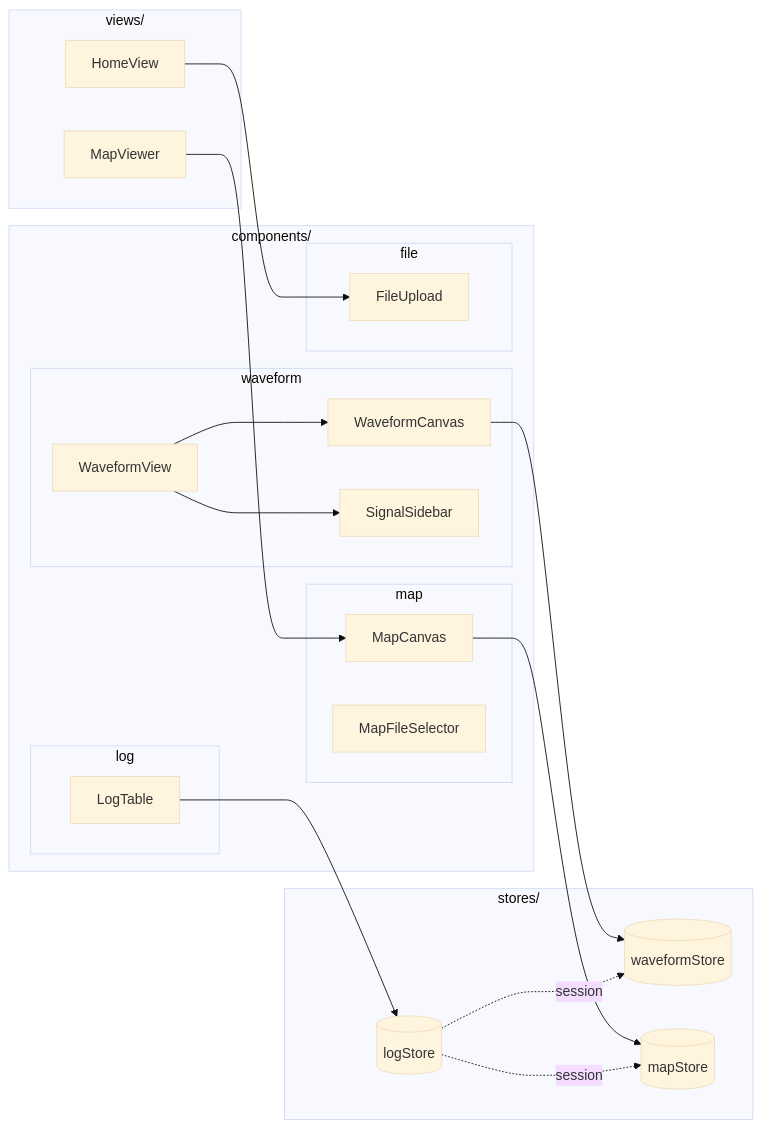
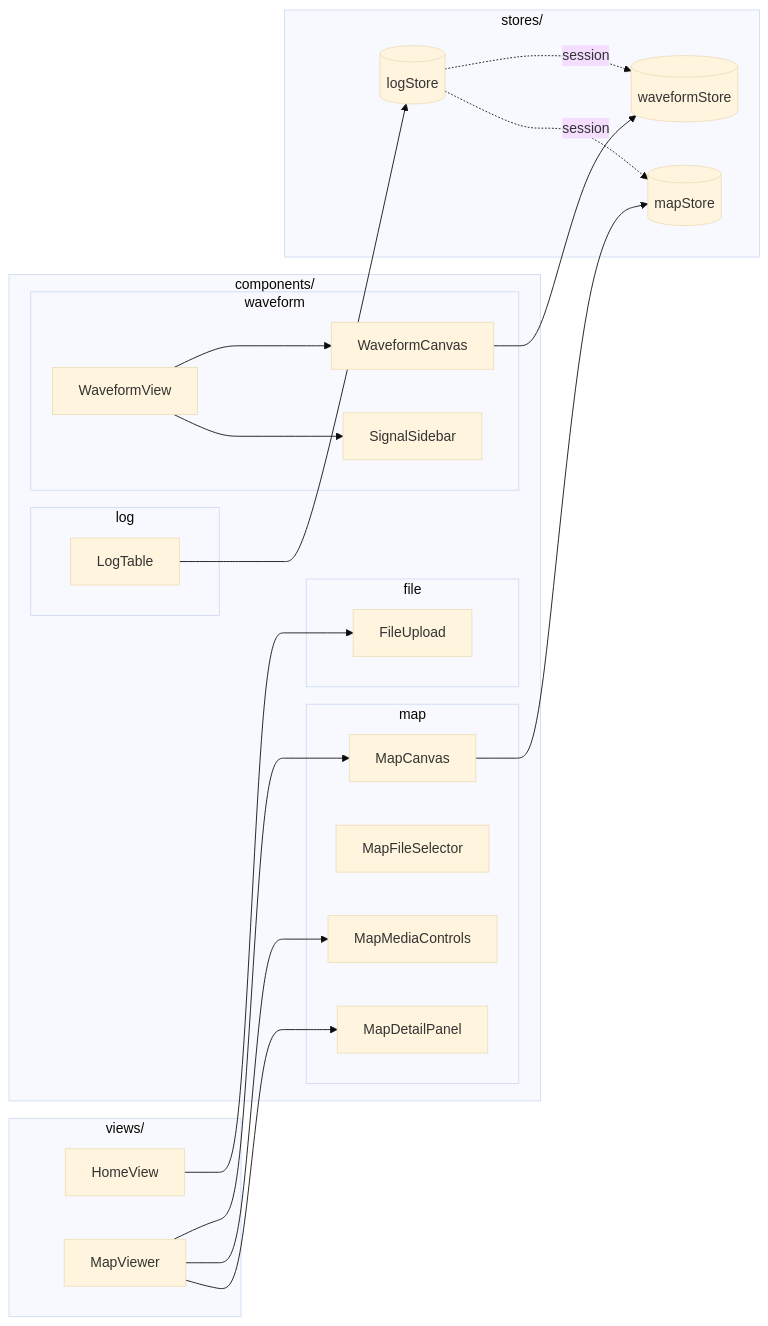
The second of 3 diagrams in .agent/architecture/system-overview.md (SulthanZahran91/LOG_VISUALIZER_WEB), drawn with Mermaid (base theme) before and after one commit. The commit also changed 8 other files, not shown here.

````diff
--- a/.agent/architecture/system-overview.md
+++ b/.agent/architecture/system-overview.md
@@ -43,43 +43,47 @@
 ```mermaid
 flowchart LR
     subgraph Views["views/"]
         Home[HomeView]
         Map[MapViewer]
     end
     
     subgraph Components["components/"]
         subgraph log
             LogTable
         end
         subgraph waveform
             WaveformView
             WaveformCanvas
             SignalSidebar
         end
         subgraph map
             MapCanvas
             MapFileSelector
+            MapMediaControls
+            MapDetailPanel
         end
         subgraph file
             FileUpload
         end
     end
     
     subgraph Stores["stores/"]
         logStore[(logStore)]
         waveStore[(waveformStore)]
         mapStore[(mapStore)]
     end
     
     Home --> FileUpload
     WaveformView --> WaveformCanvas
     WaveformView --> SignalSidebar
     Map --> MapCanvas
+    Map --> MapMediaControls
+    Map --> MapDetailPanel
     
     LogTable --> logStore
     WaveformCanvas --> waveStore
     MapCanvas --> mapStore
     
     logStore -.->|session| waveStore
     logStore -.->|session| mapStore
 ```
````
